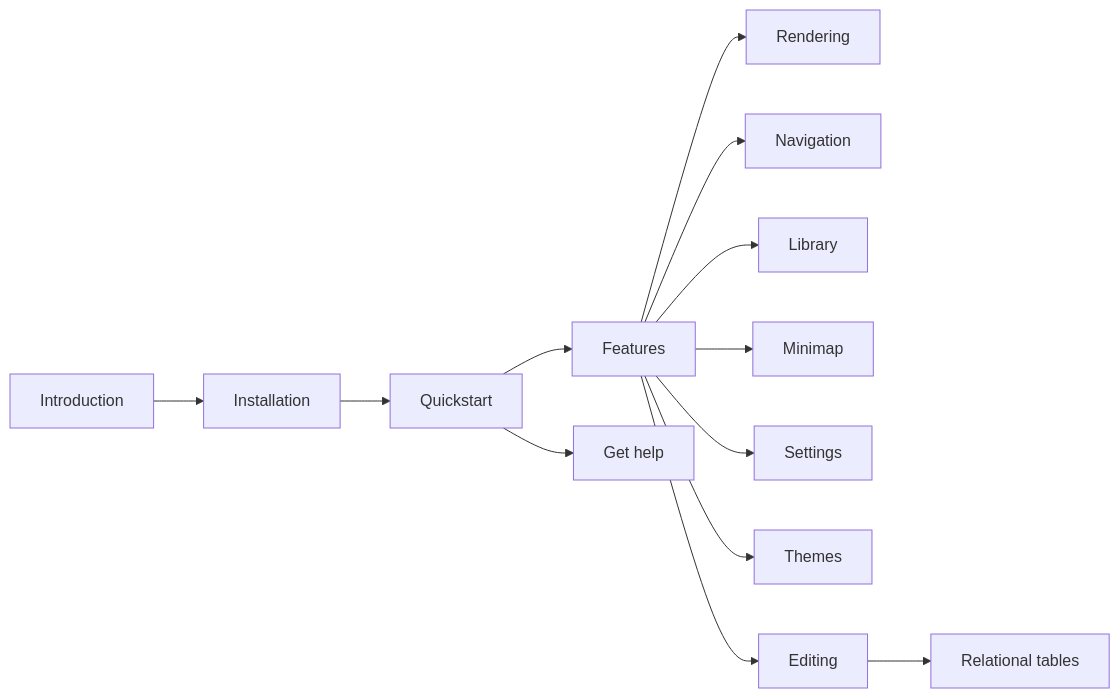
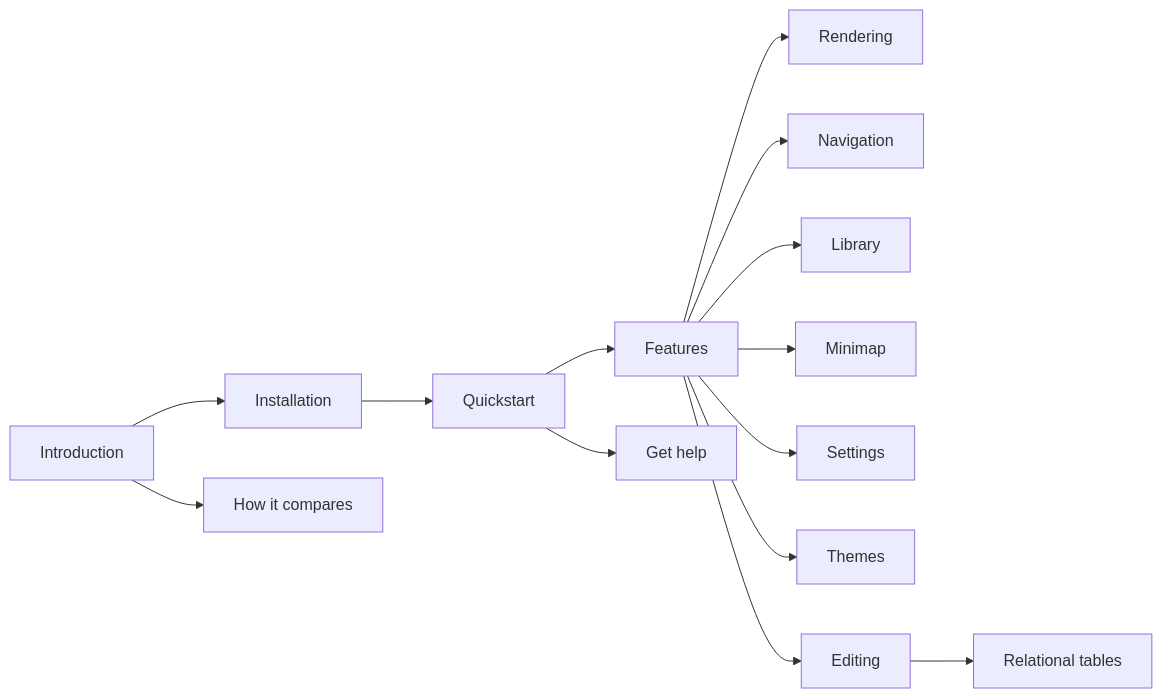
One commit to ryanallen/leaftext changed the diagram in docs/README.md. Above: the diagram before and after it, drawn with Mermaid. The commit also changed other lines of this file and 9 other files, not shown here.

````diff
--- a/docs/README.md
+++ b/docs/README.md
@@ -9,15 +9,16 @@
 ```mermaid
 flowchart LR
     A[Introduction] --> B[Installation]
     B --> C[Quickstart]
     C --> D[Features]
     C --> Z[Get help]
+    A --> Y[How it compares]
     D --> E[Rendering]
     D --> F[Navigation]
     D --> G[Library]
     D --> H[Minimap]
     D --> I[Settings]
     D --> J[Themes]
     D --> K[Editing]
     K --> Q[Relational tables]
 ```
````
